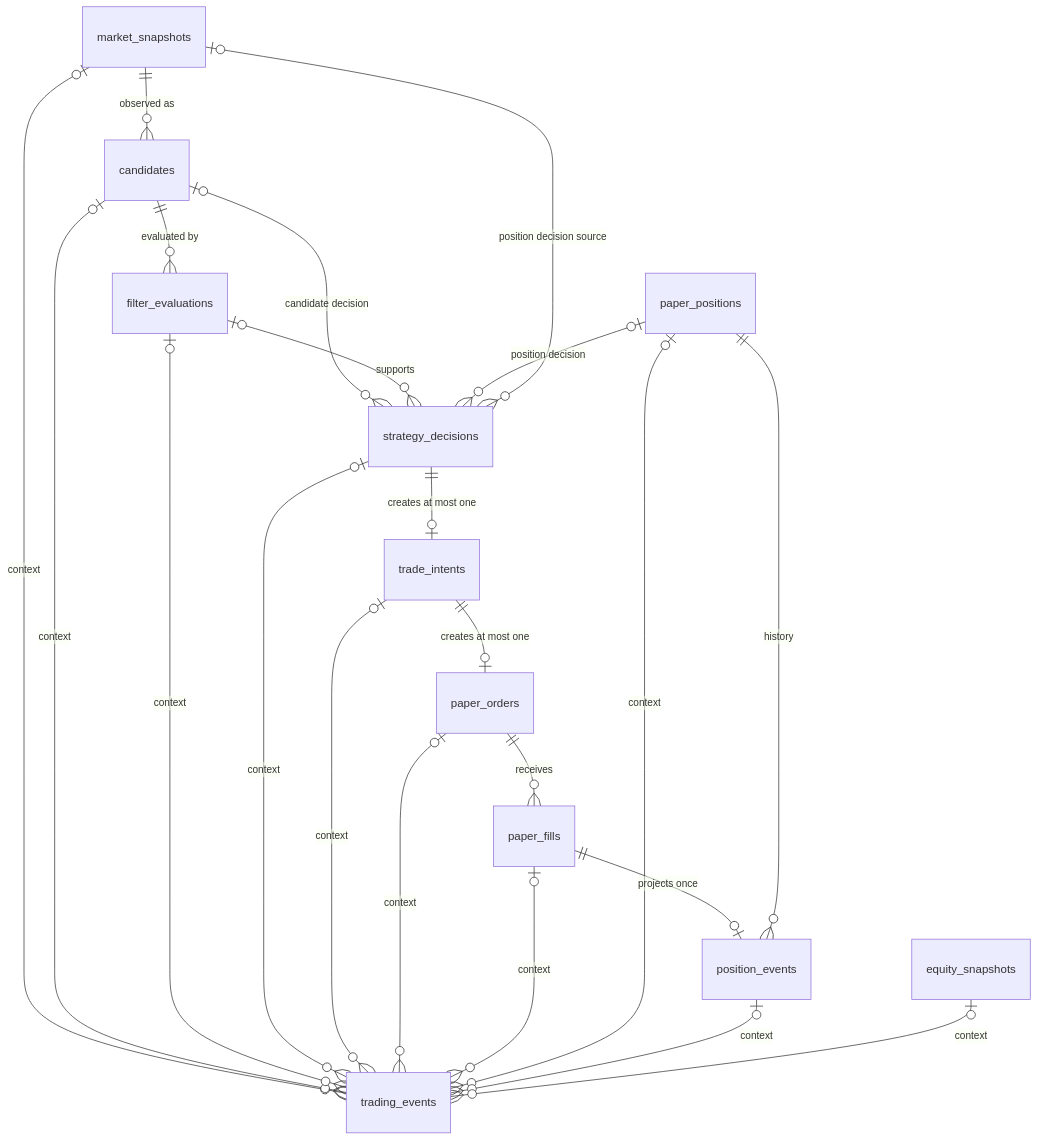
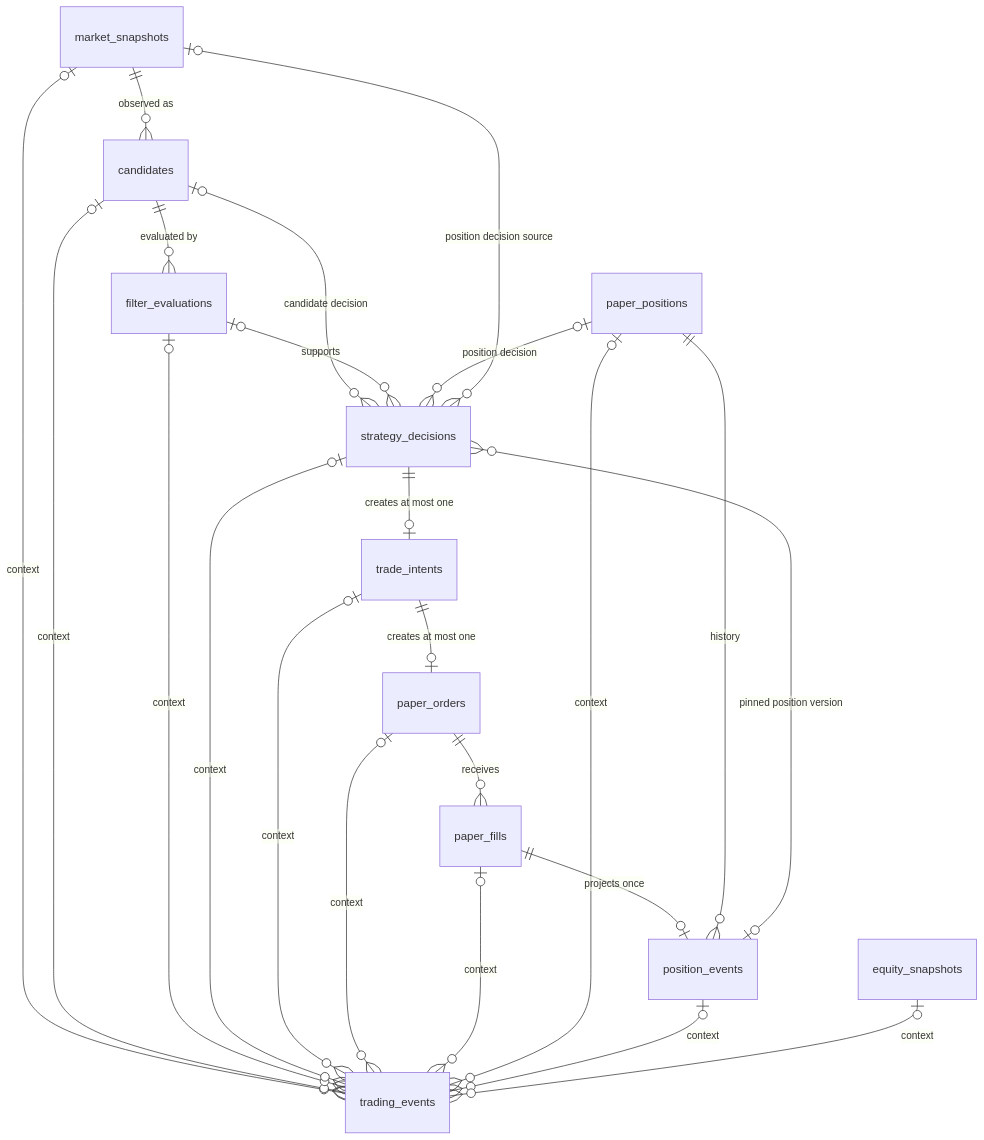
The diagram in docs/database-schema.md (geunil748-dev/auto_trading_v2), drawn with Mermaid before and after one commit. The commit also changed other lines of this file and 48 other files, not shown here.

Commit message:
Add version-pinned position exit decisions

````diff
--- a/docs/database-schema.md
+++ b/docs/database-schema.md
@@ -25,24 +25,25 @@
 ```mermaid
 erDiagram
     market_snapshots ||--o{ candidates : "observed as"
     candidates ||--o{ filter_evaluations : "evaluated by"
     candidates o|--o{ strategy_decisions : "candidate decision"
     filter_evaluations o|--o{ strategy_decisions : "supports"
     paper_positions o|--o{ strategy_decisions : "position decision"
     market_snapshots o|--o{ strategy_decisions : "position decision source"
+    position_events o|--o{ strategy_decisions : "pinned position version"
     strategy_decisions ||--o| trade_intents : "creates at most one"
     trade_intents ||--o| paper_orders : "creates at most one"
     paper_orders ||--o{ paper_fills : "receives"
     paper_fills ||--o| position_events : "projects once"
     paper_positions ||--o{ position_events : "history"
     market_snapshots o|--o{ trading_events : "context"
     candidates o|--o{ trading_events : "context"
     filter_evaluations o|--o{ trading_events : "context"
     strategy_decisions o|--o{ trading_events : "context"
     trade_intents o|--o{ trading_events : "context"
     paper_orders o|--o{ trading_events : "context"
     paper_fills o|--o{ trading_events : "context"
     paper_positions o|--o{ trading_events : "context"
     position_events o|--o{ trading_events : "context"
     equity_snapshots o|--o{ trading_events : "context"
 ```
````
